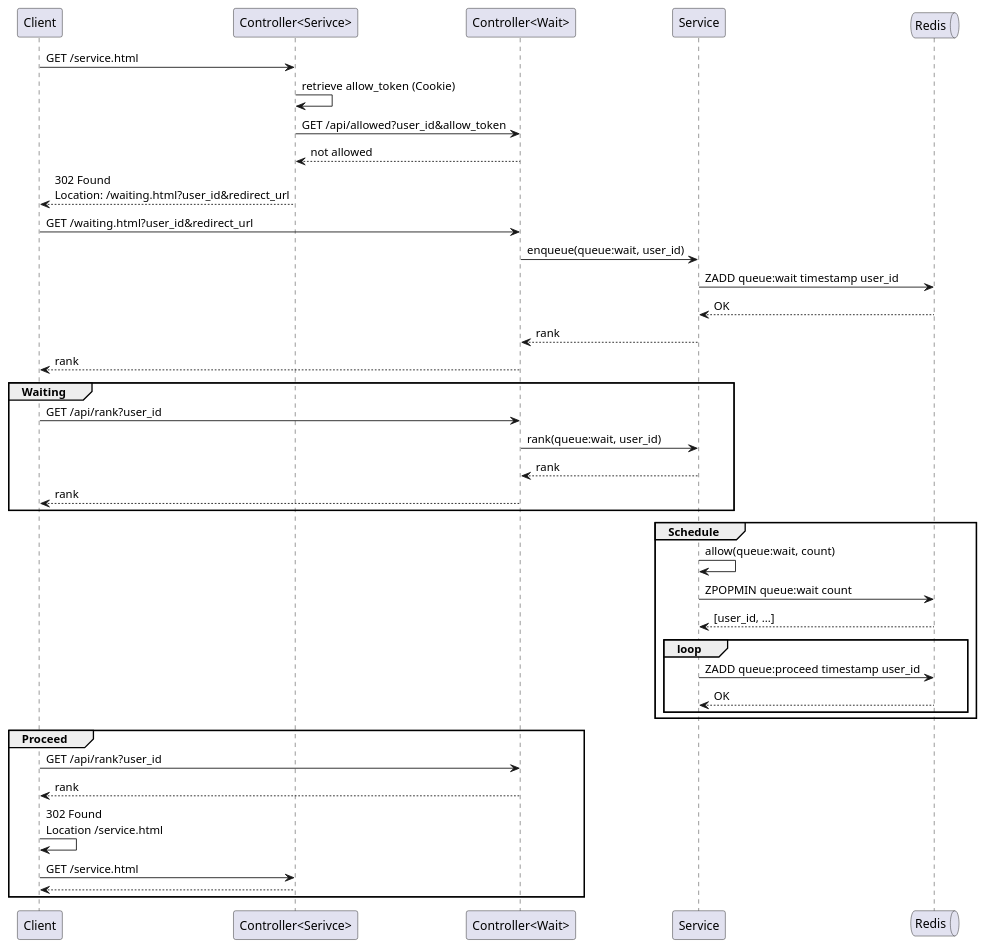
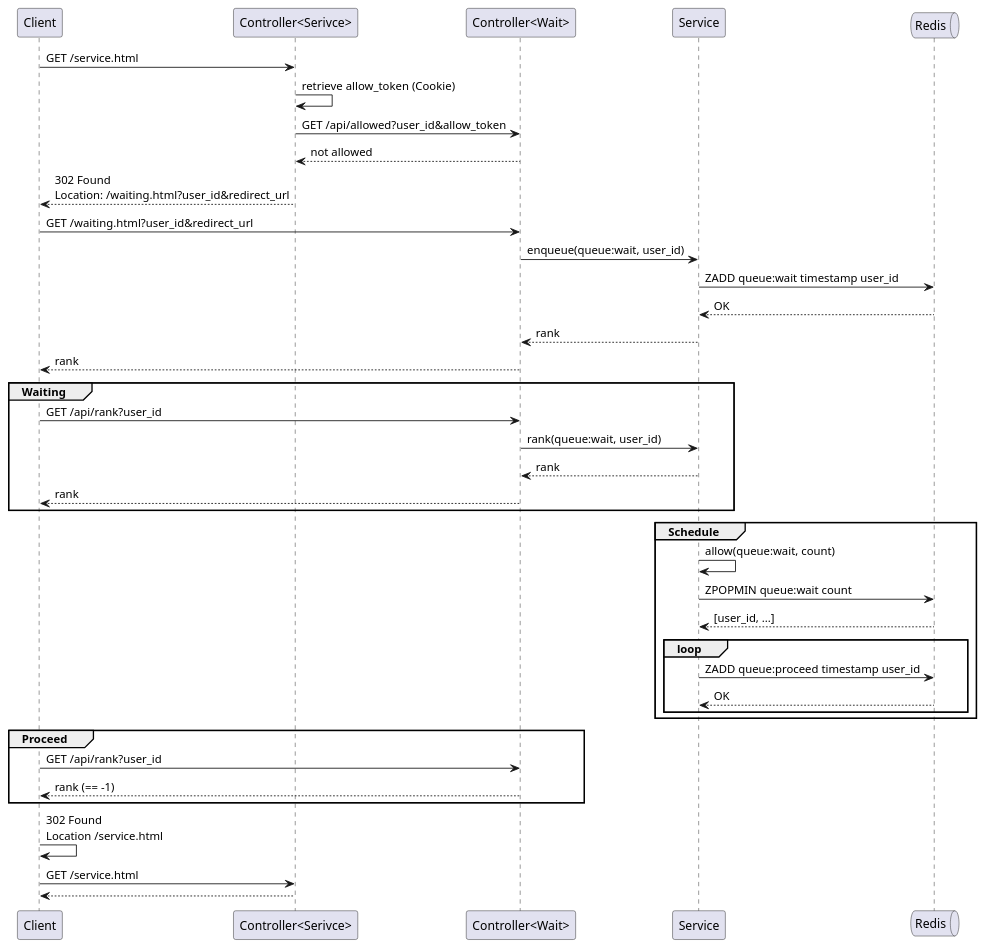
Before and after one commit to yanghoon/obsidian-workspace: the diagram in _diary/2024-06-08.md, drawn with PlantUML.

Commit message:
vault backup: 2024-06-09 19:41:07

````diff
--- a/_diary/2024-06-08.md
+++ b/_diary/2024-06-08.md
@@ -11,49 +11,50 @@
 ```plantuml
 @startuml
 
 participant Client
 participant "Controller<Serivce>" as ServiceController
 participant "Controller<Wait>" as Controller
 participant Service
 queue Redis
 
 Client -> ServiceController: GET /service.html
   ServiceController -> ServiceController: retrieve allow_token (Cookie)
   ServiceController -> Controller: GET /api/allowed?user_id&allow_token
   ServiceController <-- Controller: not allowed
 Client <-- ServiceController: 302 Found\nLocation: /waiting.html?user_id&redirect_url
 
 Client -> Controller: GET /waiting.html?user_id&redirect_url
   Controller -> Service: enqueue(queue:wait, user_id)
     Service -> Redis: ZADD queue:wait timestamp user_id
     Service <-- Redis: OK
   Controller <-- Service: rank
 Client <-- Controller: rank
 
 group Waiting
   Client -> Controller: GET /api/rank?user_id
     Controller -> Service: rank(queue:wait, user_id)
     Controller <-- Service: rank
   Client <-- Controller: rank
 end
 
 group Schedule
   Service -> Service: allow(queue:wait, count)
   Service -> Redis: ZPOPMIN queue:wait count
   Service <-- Redis: [user_id, ...]
   loop
     Service -> Redis: ZADD queue:proceed timestamp user_id
     Service <-- Redis: OK
   end
 end
 
 group Proceed
   Client -> Controller: GET /api/rank?user_id
-  Client <-- Controller: rank
-  Client -> Client: 302 Found\nLocation /service.html
-  Client -> ServiceController: GET /service.html
-  Client <-- ServiceController
+  Client <-- Controller: rank (== -1)
 end
+
+Client -> Client: 302 Found\nLocation /service.html
+Client -> ServiceController: GET /service.html
+Client <-- ServiceController
 
 @enduml
 ```
````
